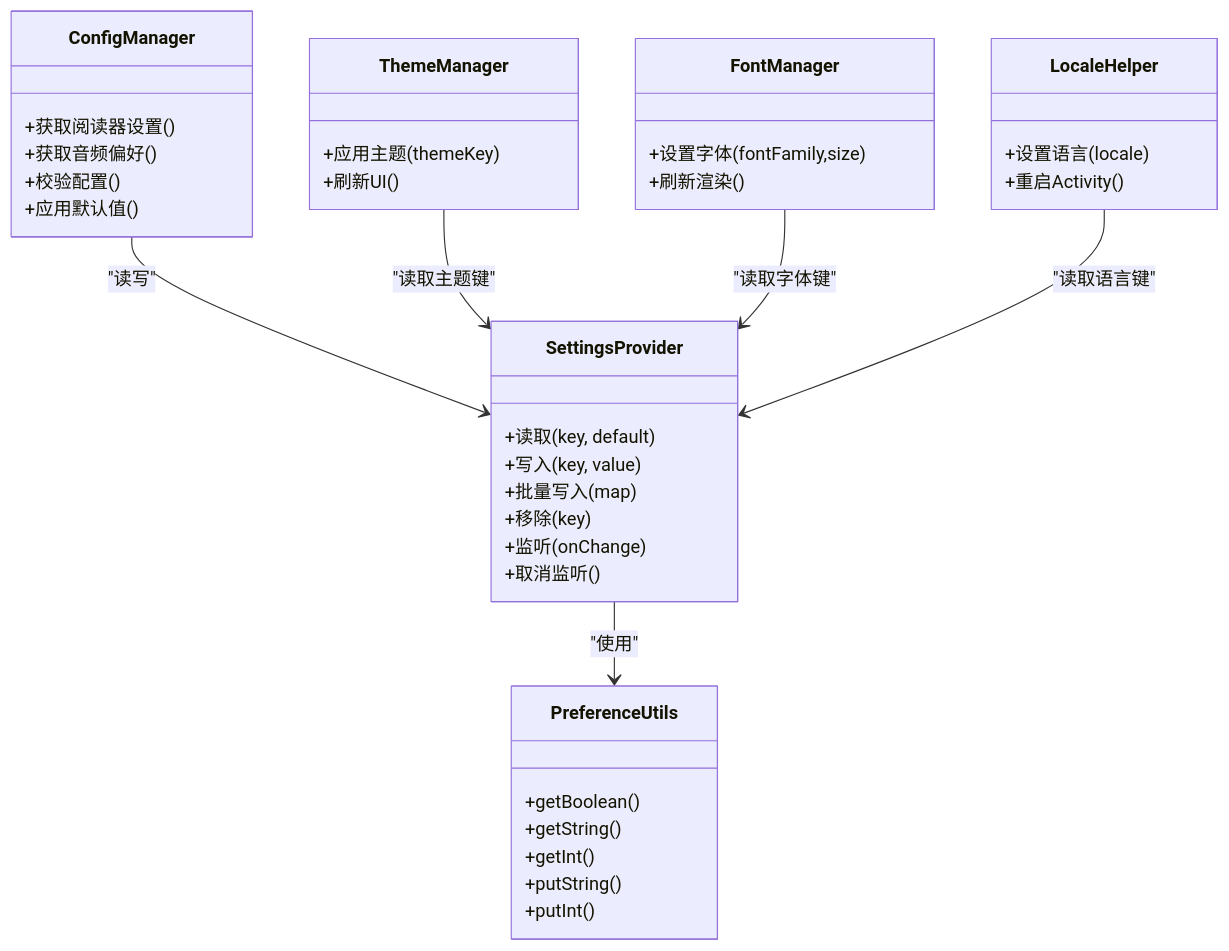
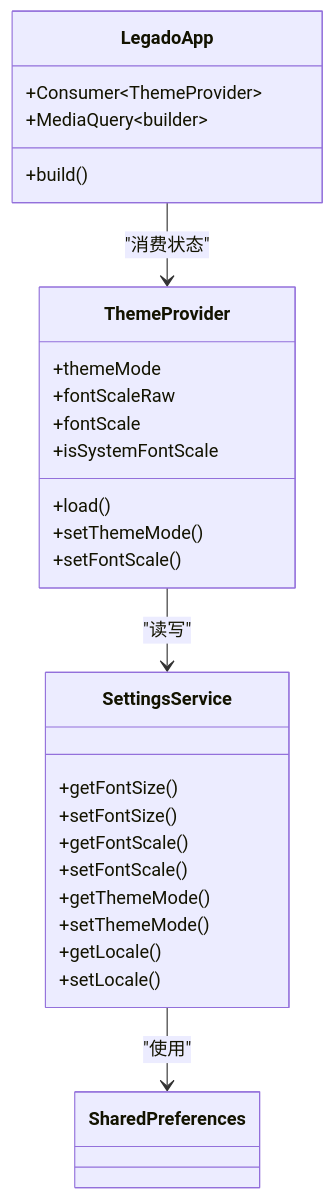
The second of 6 diagrams in .qoder/repowiki/zh/content/Flutter跨平台应用/状态管理/设置Provider.md (ZhangGHGitHub/LegadoTeamFlutter), drawn with Mermaid before and after one commit. The commit also changed other lines of this file and 173 other files, not shown here.

````diff
--- a/.qoder/repowiki/zh/content/Flutter跨平台应用/状态管理/设置Provider.md
+++ b/.qoder/repowiki/zh/content/Flutter跨平台应用/状态管理/设置Provider.md
@@ -102,41 +87,30 @@
 ```mermaid
 classDiagram
-class SettingsProvider {
-+读取(key, default)
-+写入(key, value)
-+批量写入(map)
-+移除(key)
-+监听(onChange)
-+取消监听()
+class SettingsService {
++getFontSize()
++setFontSize()
++getFontScale()
++setFontScale()
++getThemeMode()
++setThemeMode()
++getLocale()
++setLocale()
 }
-class ConfigManager {
-+获取阅读器设置()
-+获取音频偏好()
-+校验配置()
-+应用默认值()
+class ThemeProvider {
++themeMode
++fontScaleRaw
++fontScale
++isSystemFontScale
++load()
++setThemeMode()
++setFontScale()
 }
-class ThemeManager {
-+应用主题(themeKey)
-+刷新UI()
+class LegadoApp {
++build()
++Consumer~ThemeProvider~
++MediaQuery~builder~
 }
-class FontManager {
-+设置字体(fontFamily,size)
-+刷新渲染()
-}
-class LocaleHelper {
-+设置语言(locale)
-+重启Activity()
-}
-class PreferenceUtils {
-+getBoolean()
-+getString()
-+getInt()
-+putString()
-+putInt()
-}
-SettingsProvider --> PreferenceUtils : "使用"
-ConfigManager --> SettingsProvider : "读写"
-ThemeManager --> SettingsProvider : "读取主题键"
-FontManager --> SettingsProvider : "读取字体键"
-LocaleHelper --> SettingsProvider : "读取语言键"
+SettingsService --> SharedPreferences : "使用"
+ThemeProvider --> SettingsService : "读写"
+LegadoApp --> ThemeProvider : "消费状态"
 ```
````
